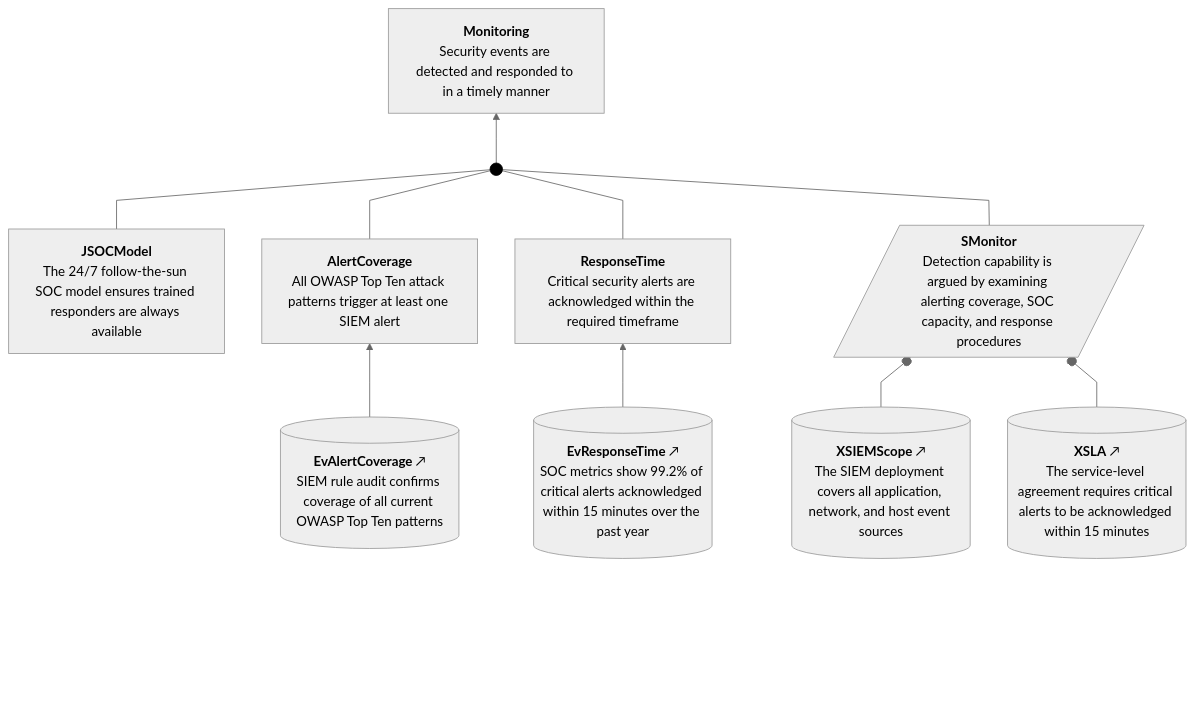
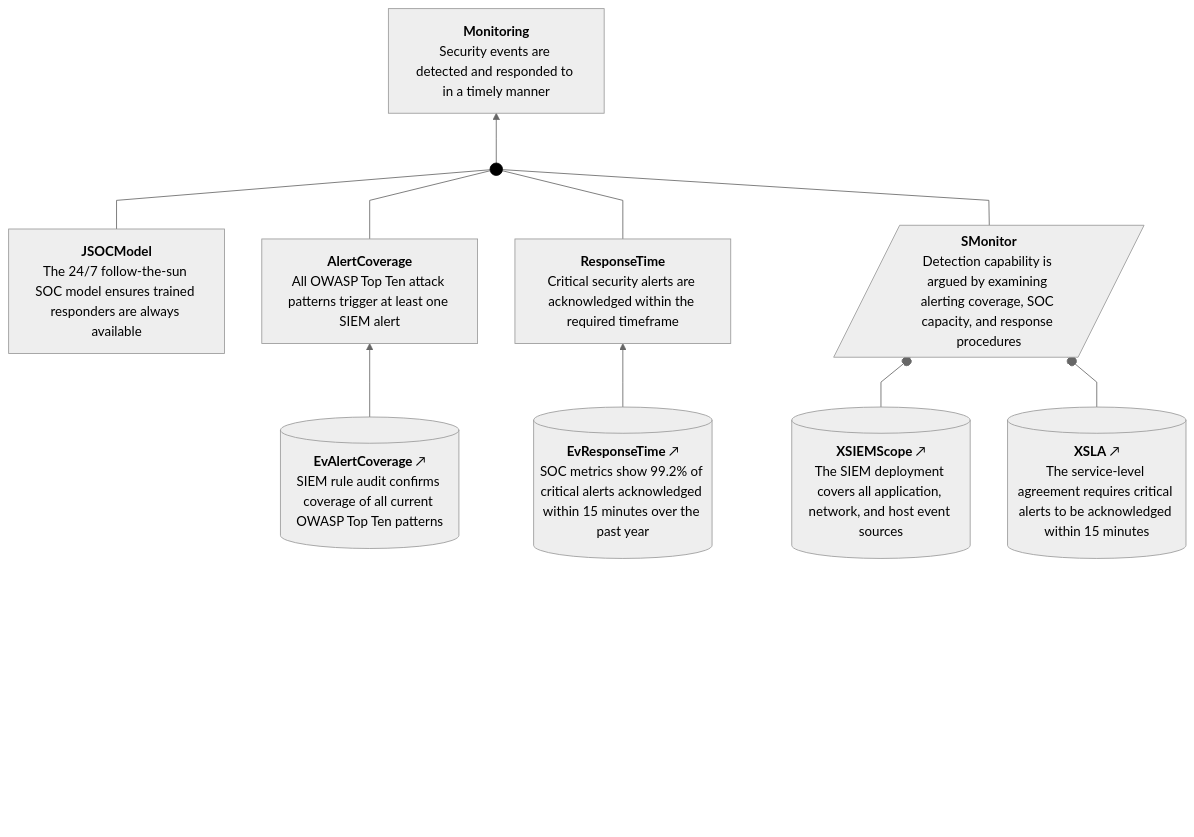
Before and after one commit to david-a-wheeler/verocase: the fourth of 12 diagrams in tests/fixtures/demo-output.expected.md, drawn with Mermaid. The commit also changed other lines of this file and 8 other files, not shown here.

Commit message:
Increase bottom padding by lengthening connector

````diff
--- a/tests/fixtures/demo-output.expected.md
+++ b/tests/fixtures/demo-output.expected.md
@@ -236,51 +236,51 @@
 ```mermaid
 ---
 config:
   theme: neutral
   flowchart:
     curve: linear
     htmlLabels: true
     rankSpacing: 60
     nodeSpacing: 45
     padding: 15
 ---
 flowchart BT
     classDef invisible opacity:0
     classDef sacmDot fill:#000,stroke:#000
     classDef connector fill:none,stroke:#cccccc,stroke-width:1px;
     classDef abstractClaim stroke-width:2px,stroke-dasharray: 5 5;
     Monitoring["<b>Monitoring</b><br>Security events are detected and responded to in a timely manner"]
     SMonitor[/"<b>SMonitor</b><br>Detection capability is argued by examining alerting coverage, SOC capacity, and response procedures"/]
     XSIEMScope[("<b>XSIEMScope</b>&nbsp;↗<br>The SIEM deployment covers all application, network, and host event sources")]
     JSOCModel["<b>JSOCModel</b><br>The 24/7 follow-the-sun SOC model ensures trained responders are always available"]
     XSLA[("<b>XSLA</b>&nbsp;↗<br>The service-level agreement requires critical alerts to be acknowledged within 15 minutes")]
     AlertCoverage["<b>AlertCoverage</b><br>All OWASP Top Ten attack patterns trigger at least one SIEM alert"]
     ResponseTime["<b>ResponseTime</b><br>Critical security alerts are acknowledged within the required timeframe"]
     EvAlertCoverage[("<b>EvAlertCoverage</b>&nbsp;↗<br>SIEM rule audit confirms coverage of all current OWASP Top Ten patterns")]
     EvResponseTime[("<b>EvResponseTime</b>&nbsp;↗<br>SOC metrics show 99.2% of critical alerts acknowledged within 15 minutes over the past year")]
     Dot1((" ")):::sacmDot
     click Monitoring "https://github.com/david-a-wheeler/verocase/blob/main/tests/fixtures/demo-output.expected.md#claim-monitoring"
     click SMonitor "https://github.com/david-a-wheeler/verocase/blob/main/tests/fixtures/demo-output.expected.md#strategy-smonitor"
     click XSIEMScope "https://github.com/david-a-wheeler/verocase/blob/main/tests/fixtures/demo-output.expected.md#context-xsiemscope"
     click JSOCModel "https://github.com/david-a-wheeler/verocase/blob/main/tests/fixtures/demo-output.expected.md#justification-jsocmodel"
     click XSLA "https://github.com/david-a-wheeler/verocase/blob/main/tests/fixtures/demo-output.expected.md#context-xsla"
     click AlertCoverage "https://github.com/david-a-wheeler/verocase/blob/main/tests/fixtures/demo-output.expected.md#claim-alertcoverage"
     click ResponseTime "https://github.com/david-a-wheeler/verocase/blob/main/tests/fixtures/demo-output.expected.md#claim-responsetime"
     click EvAlertCoverage "https://github.com/david-a-wheeler/verocase/blob/main/tests/fixtures/demo-output.expected.md#evidence-evalertcoverage"
     click EvResponseTime "https://github.com/david-a-wheeler/verocase/blob/main/tests/fixtures/demo-output.expected.md#evidence-evresponsetime"
 
-    BottomPadding1["<br/><br/><br/>"]:::invisible ~~~ XSIEMScope
-    BottomPadding2["<br/><br/><br/>"]:::invisible ~~~ JSOCModel
-    BottomPadding3["<br/><br/><br/>"]:::invisible ~~~ XSLA
-    BottomPadding4["<br/><br/><br/>"]:::invisible ~~~ EvAlertCoverage
-    BottomPadding5["<br/><br/><br/>"]:::invisible ~~~ EvResponseTime
+    BottomPadding1["<br/><br/><br/>"]:::invisible ~~~~ XSIEMScope
+    BottomPadding2["<br/><br/><br/>"]:::invisible ~~~~ JSOCModel
+    BottomPadding3["<br/><br/><br/>"]:::invisible ~~~~ XSLA
+    BottomPadding4["<br/><br/><br/>"]:::invisible ~~~~ EvAlertCoverage
+    BottomPadding5["<br/><br/><br/>"]:::invisible ~~~~ EvResponseTime
     EvAlertCoverage --> AlertCoverage
     EvResponseTime --> ResponseTime
     JSOCModel --- Dot1
     AlertCoverage --- Dot1
     ResponseTime --- Dot1
     SMonitor --- Dot1
     Dot1 --> Monitoring
     XSIEMScope --o SMonitor
     XSLA --o SMonitor
 ```
````
